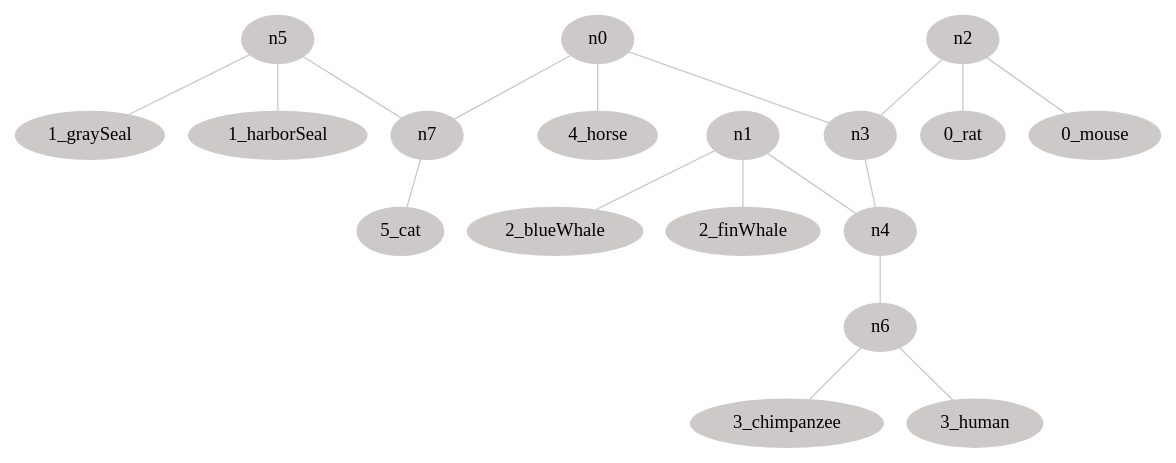
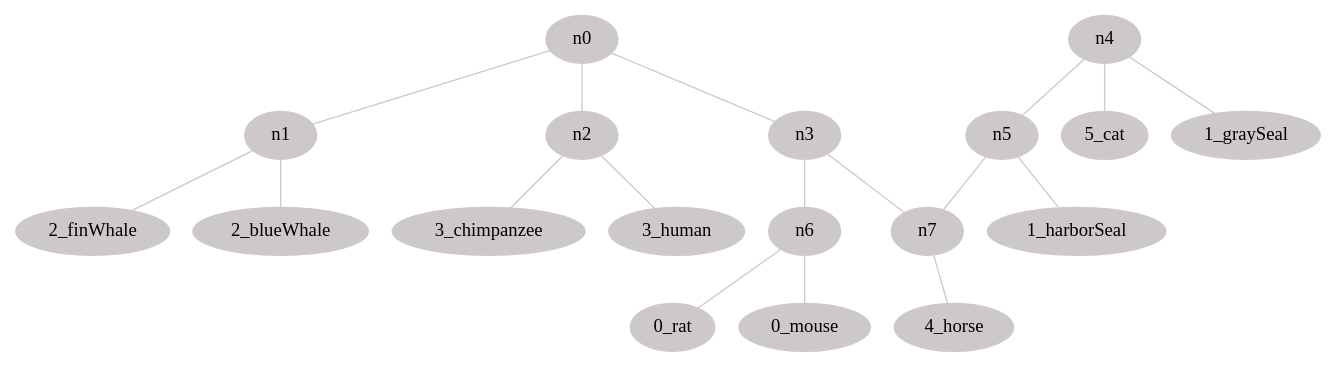
One commit to diogoazevedo15/zgli-showcase changed the diagram in trees/gray_tree.gv. Above: the diagram before and after it, drawn with Graphviz. The commit also changed 10 other files, not shown here.

```diff
--- a/trees/gray_tree.gv
+++ b/trees/gray_tree.gv
@@ -1,71 +1,71 @@
 strict graph gray_tree {
 	node [fontname=Bahnschrift style="filled,dashed"]
 	n0 [label=n0 color=snow3 fillcolor=snow3 style=filled]
-	n0 -- n7 [color=snow3]
+	n0 -- n1 [color=snow3]
+	n0 [label=n0 color=snow3 fillcolor=snow3 style=filled]
+	n0 -- n2 [color=snow3]
 	n0 [label=n0 color=snow3 fillcolor=snow3 style=filled]
 	n0 -- n3 [color=snow3]
-	n0 [label=n0 color=snow3 fillcolor=snow3 style=filled]
-	n0 -- "4_horse" [color=snow3]
 	n1 [label=n1 color=snow3 fillcolor=snow3 style=filled]
-	n1 -- n4 [color=snow3]
+	n1 -- n0 [color=snow3]
 	n1 [label=n1 color=snow3 fillcolor=snow3 style=filled]
 	n1 -- "2_finWhale" [color=snow3]
 	n1 [label=n1 color=snow3 fillcolor=snow3 style=filled]
 	n1 -- "2_blueWhale" [color=snow3]
 	n2 [label=n2 color=snow3 fillcolor=snow3 style=filled]
-	n2 -- n3 [color=snow3]
+	n2 -- n0 [color=snow3]
 	n2 [label=n2 color=snow3 fillcolor=snow3 style=filled]
-	n2 -- "0_rat" [color=snow3]
+	n2 -- "3_chimpanzee" [color=snow3]
 	n2 [label=n2 color=snow3 fillcolor=snow3 style=filled]
-	n2 -- "0_mouse" [color=snow3]
-	n3 [label=n3 color=snow3 fillcolor=snow3 style=filled]
-	n3 -- n4 [color=snow3]
-	n3 [label=n3 color=snow3 fillcolor=snow3 style=filled]
-	n3 -- n2 [color=snow3]
+	n2 -- "3_human" [color=snow3]
 	n3 [label=n3 color=snow3 fillcolor=snow3 style=filled]
 	n3 -- n0 [color=snow3]
+	n3 [label=n3 color=snow3 fillcolor=snow3 style=filled]
+	n3 -- n6 [color=snow3]
+	n3 [label=n3 color=snow3 fillcolor=snow3 style=filled]
+	n3 -- n7 [color=snow3]
 	n4 [label=n4 color=snow3 fillcolor=snow3 style=filled]
-	n4 -- n6 [color=snow3]
+	n4 -- n5 [color=snow3]
 	n4 [label=n4 color=snow3 fillcolor=snow3 style=filled]
-	n4 -- n3 [color=snow3]
+	n4 -- "5_cat" [color=snow3]
 	n4 [label=n4 color=snow3 fillcolor=snow3 style=filled]
-	n4 -- n1 [color=snow3]
+	n4 -- "1_graySeal" [color=snow3]
+	n5 [label=n5 color=snow3 fillcolor=snow3 style=filled]
+	n5 -- n4 [color=snow3]
 	n5 [label=n5 color=snow3 fillcolor=snow3 style=filled]
 	n5 -- n7 [color=snow3]
 	n5 [label=n5 color=snow3 fillcolor=snow3 style=filled]
-	n5 -- "1_graySeal" [color=snow3]
-	n5 [label=n5 color=snow3 fillcolor=snow3 style=filled]
 	n5 -- "1_harborSeal" [color=snow3]
 	n6 [label=n6 color=snow3 fillcolor=snow3 style=filled]
-	n6 -- n4 [color=snow3]
+	n6 -- n3 [color=snow3]
 	n6 [label=n6 color=snow3 fillcolor=snow3 style=filled]
-	n6 -- "3_chimpanzee" [color=snow3]
+	n6 -- "0_rat" [color=snow3]
 	n6 [label=n6 color=snow3 fillcolor=snow3 style=filled]
-	n6 -- "3_human" [color=snow3]
+	n6 -- "0_mouse" [color=snow3]
 	n7 [label=n7 color=snow3 fillcolor=snow3 style=filled]
-	n7 -- n0 [color=snow3]
+	n7 -- n3 [color=snow3]
 	n7 [label=n7 color=snow3 fillcolor=snow3 style=filled]
 	n7 -- n5 [color=snow3]
 	n7 [label=n7 color=snow3 fillcolor=snow3 style=filled]
-	n7 -- "5_cat" [color=snow3]
+	n7 -- "4_horse" [color=snow3]
+	"2_finWhale" [label="2_finWhale" color=snow3 fillcolor=snow3 style=filled]
+	"2_finWhale" -- n1 [color=snow3]
+	"5_cat" [label="5_cat" color=snow3 fillcolor=snow3 style=filled]
+	"5_cat" -- n4 [color=snow3]
 	"4_horse" [label="4_horse" color=snow3 fillcolor=snow3 style=filled]
-	"4_horse" -- n0 [color=snow3]
+	"4_horse" -- n7 [color=snow3]
+	"3_chimpanzee" [label="3_chimpanzee" color=snow3 fillcolor=snow3 style=filled]
+	"3_chimpanzee" -- n2 [color=snow3]
+	"2_blueWhale" [label="2_blueWhale" color=snow3 fillcolor=snow3 style=filled]
+	"2_blueWhale" -- n1 [color=snow3]
+	"1_graySeal" [label="1_graySeal" color=snow3 fillcolor=snow3 style=filled]
+	"1_graySeal" -- n4 [color=snow3]
 	"0_rat" [label="0_rat" color=snow3 fillcolor=snow3 style=filled]
-	"0_rat" -- n2 [color=snow3]
-	"1_graySeal" [label="1_graySeal" color=snow3 fillcolor=snow3 style=filled]
-	"1_graySeal" -- n5 [color=snow3]
-	"3_chimpanzee" [label="3_chimpanzee" color=snow3 fillcolor=snow3 style=filled]
-	"3_chimpanzee" -- n6 [color=snow3]
+	"0_rat" -- n6 [color=snow3]
+	"0_mouse" [label="0_mouse" color=snow3 fillcolor=snow3 style=filled]
+	"0_mouse" -- n6 [color=snow3]
+	"3_human" [label="3_human" color=snow3 fillcolor=snow3 style=filled]
+	"3_human" -- n2 [color=snow3]
 	"1_harborSeal" [label="1_harborSeal" color=snow3 fillcolor=snow3 style=filled]
 	"1_harborSeal" -- n5 [color=snow3]
-	"2_finWhale" [label="2_finWhale" color=snow3 fillcolor=snow3 style=filled]
-	"2_finWhale" -- n1 [color=snow3]
-	"3_human" [label="3_human" color=snow3 fillcolor=snow3 style=filled]
-	"3_human" -- n6 [color=snow3]
-	"2_blueWhale" [label="2_blueWhale" color=snow3 fillcolor=snow3 style=filled]
-	"2_blueWhale" -- n1 [color=snow3]
-	"5_cat" [label="5_cat" color=snow3 fillcolor=snow3 style=filled]
-	"5_cat" -- n7 [color=snow3]
-	"0_mouse" [label="0_mouse" color=snow3 fillcolor=snow3 style=filled]
-	"0_mouse" -- n2 [color=snow3]
 }
```
